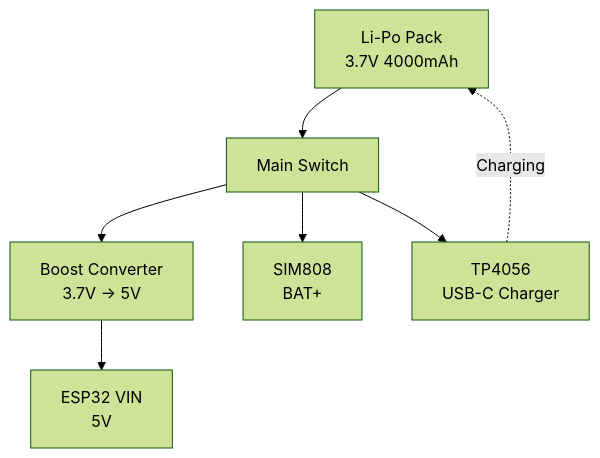
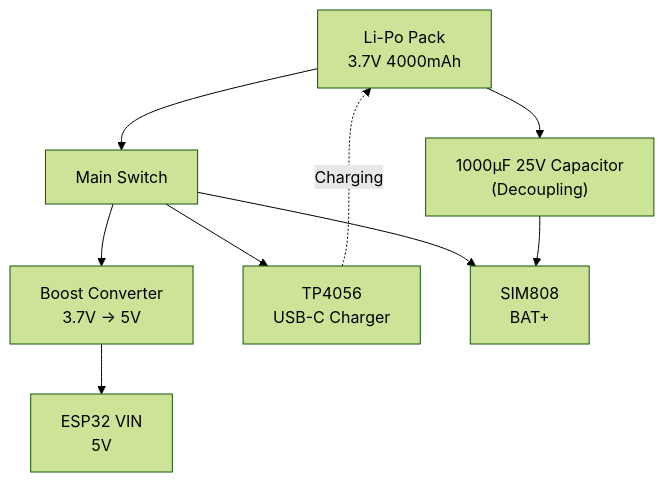
Before and after one commit to qppd/smart-vehicle-impact-detection-device: the second of 6 diagrams in docs/BLOCK-DIAGRAM.md, drawn with Mermaid (forest theme). The commit also changed other lines of this file and 2 other files, not shown here.

Commit message:
Update diagrams to show 1000uF capacitor at SIM808 power input

````diff
--- a/docs/BLOCK-DIAGRAM.md
+++ b/docs/BLOCK-DIAGRAM.md
@@ -50,16 +52,19 @@
 ```mermaid
 graph TB
     BAT["Li-Po Pack<br/>3.7V 4000mAh"]
     SW["Main Switch"]
     BOOST["Boost Converter<br/>3.7V → 5V"]
     TP4056["TP4056<br/>USB-C Charger"]
     ESP32["ESP32 VIN<br/>5V"]
     SIM808["SIM808<br/>BAT+"]
+    CAP["1000µF 25V Capacitor<br/>(Decoupling)"]
 
     BAT --> SW
     SW --> BOOST
     SW --> SIM808
     SW --> TP4056
     BOOST --> ESP32
+    BAT --> CAP
+    CAP --> SIM808
     TP4056 -. "Charging" .-> BAT
 ```
````
